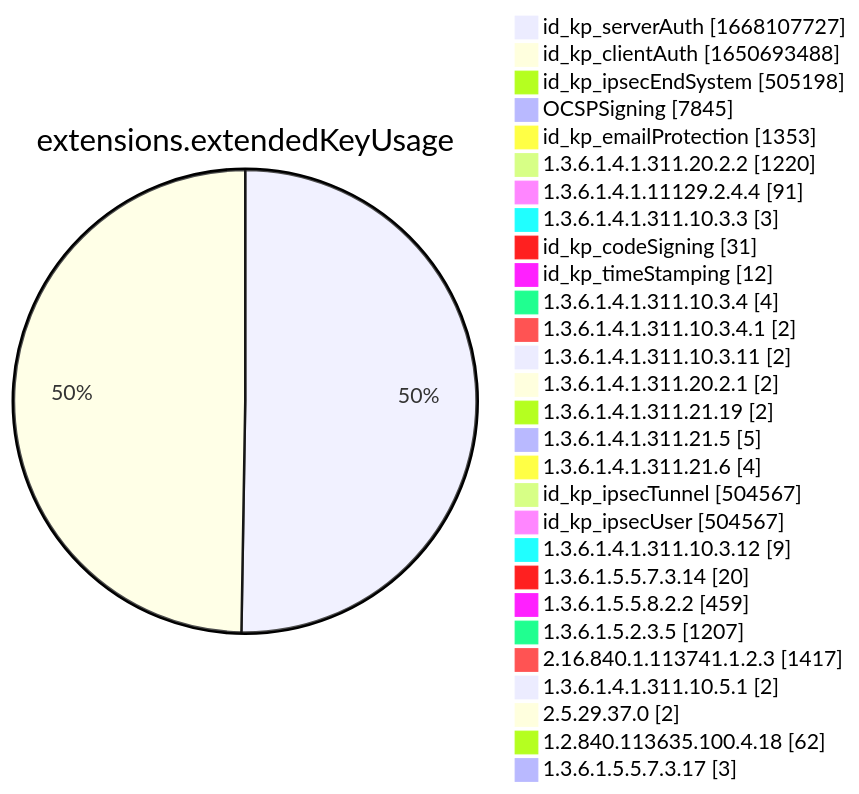
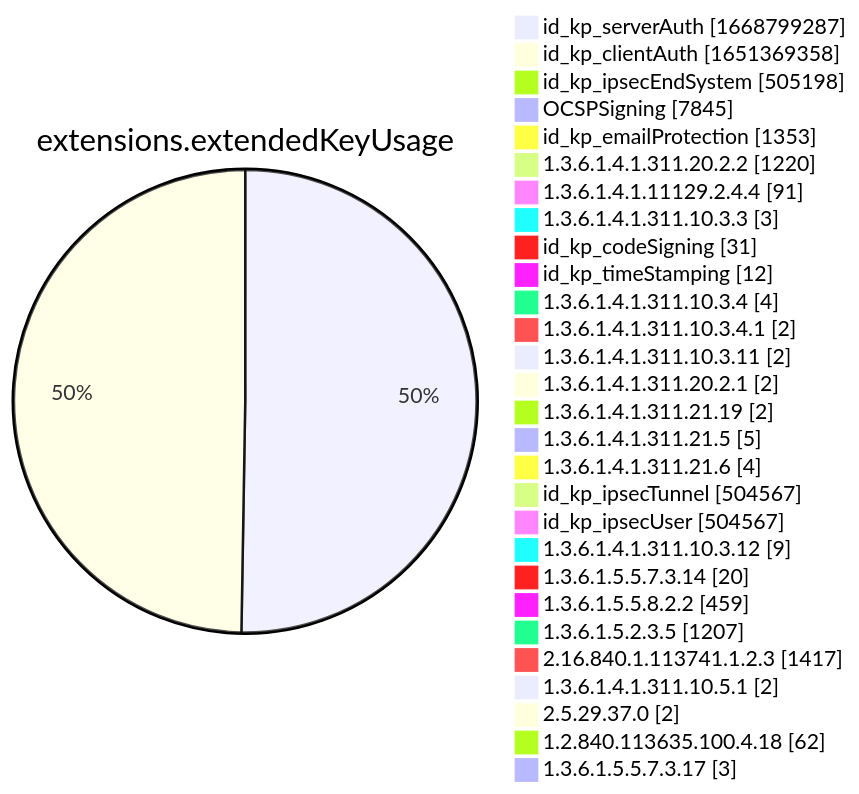
One commit to christiankrug/ctmonitor_visualization changed diagram 12 of 15 in xenon2022/README.md. Above: the diagram before and after it, drawn with Mermaid. The commit also changed other lines of this file, not shown here.

````diff
--- a/xenon2022/README.md
+++ b/xenon2022/README.md
@@ -3887,32 +3887,32 @@
 ```mermaid
 pie showData
 title extensions.extendedKeyUsage
-"id_kp_serverAuth" :1668107727
-"id_kp_clientAuth" :1650693488
+"id_kp_serverAuth" :1668799287
+"id_kp_clientAuth" :1651369358
 "id_kp_ipsecEndSystem" :505198
 "OCSPSigning" :7845
 "id_kp_emailProtection" :1353
 "1.3.6.1.4.1.311.20.2.2" :1220
 "1.3.6.1.4.1.11129.2.4.4" :91
 "1.3.6.1.4.1.311.10.3.3" :3
 "id_kp_codeSigning" :31
 "id_kp_timeStamping" :12
 "1.3.6.1.4.1.311.10.3.4" :4
 "1.3.6.1.4.1.311.10.3.4.1" :2
 "1.3.6.1.4.1.311.10.3.11" :2
 "1.3.6.1.4.1.311.20.2.1" :2
 "1.3.6.1.4.1.311.21.19" :2
 "1.3.6.1.4.1.311.21.5" :5
 "1.3.6.1.4.1.311.21.6" :4
 "id_kp_ipsecTunnel" :504567
 "id_kp_ipsecUser" :504567
 "1.3.6.1.4.1.311.10.3.12" :9
 "1.3.6.1.5.5.7.3.14" :20
 "1.3.6.1.5.5.8.2.2" :459
 "1.3.6.1.5.2.3.5" :1207
 "2.16.840.1.113741.1.2.3" :1417
 "1.3.6.1.4.1.311.10.5.1" :2
 "2.5.29.37.0" :2
 "1.2.840.113635.100.4.18" :62
 "1.3.6.1.5.5.7.3.17" :3
 ```
````
